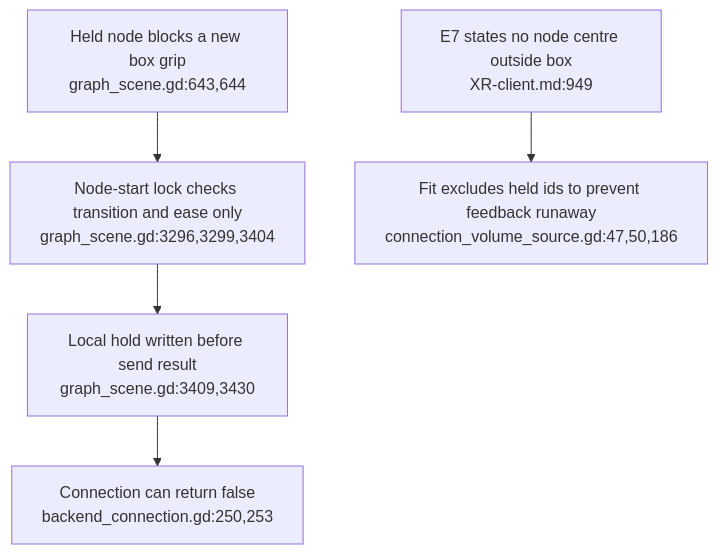
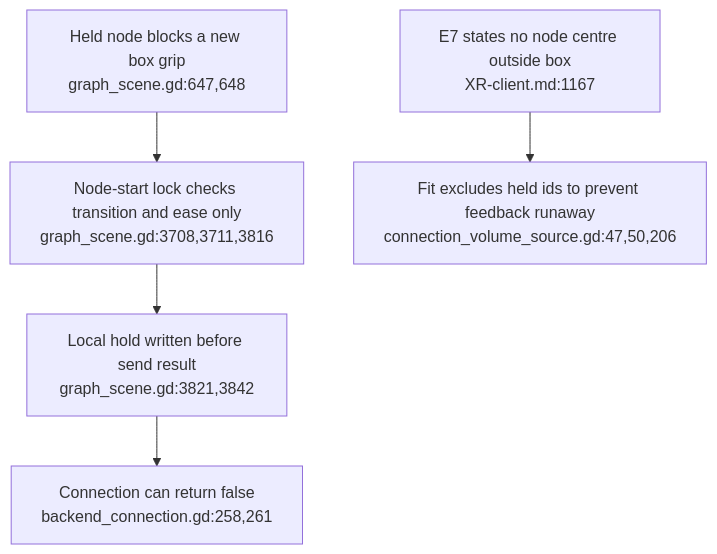
The fifth of 6 diagrams in docs/diagrams/visionclaw/53-xr-grab-lifetimes-and-input.md (DreamLab-AI/VisionFlow), drawn with Mermaid before and after one commit. The commit also changed other lines of this file and 56 other files, not shown here.

First line of the commit message:
docs(diagrams): re-verify VisionClaw topics at ec785afa9, add VC-19/56/57 and the VisionClaw register

````diff
--- a/docs/diagrams/visionclaw/53-xr-grab-lifetimes-and-input.md
+++ b/docs/diagrams/visionclaw/53-xr-grab-lifetimes-and-input.md
@@ -77,7 +79,7 @@
 ```mermaid
 flowchart TD
-    HELD["Held node blocks a new box grip<br/>graph_scene.gd:643,644"] --> REVERSE["Node-start lock checks transition and ease only<br/>graph_scene.gd:3296,3299,3404"]
-    REVERSE --> LOCAL["Local hold written before send result<br/>graph_scene.gd:3409,3430"]
-    LOCAL --> SEND["Connection can return false<br/>backend_connection.gd:250,253"]
-    E7["E7 states no node centre outside box<br/>XR-client.md:949"] --> EXCLUDE["Fit excludes held ids to prevent feedback runaway<br/>connection_volume_source.gd:47,50,186"]
+    HELD["Held node blocks a new box grip<br/>graph_scene.gd:647,648"] --> REVERSE["Node-start lock checks transition and ease only<br/>graph_scene.gd:3708,3711,3816"]
+    REVERSE --> LOCAL["Local hold written before send result<br/>graph_scene.gd:3821,3842"]
+    LOCAL --> SEND["Connection can return false<br/>backend_connection.gd:258,261"]
+    E7["E7 states no node centre outside box<br/>XR-client.md:1167"] --> EXCLUDE["Fit excludes held ids to prevent feedback runaway<br/>connection_volume_source.gd:47,50,206"]
 ```
````
